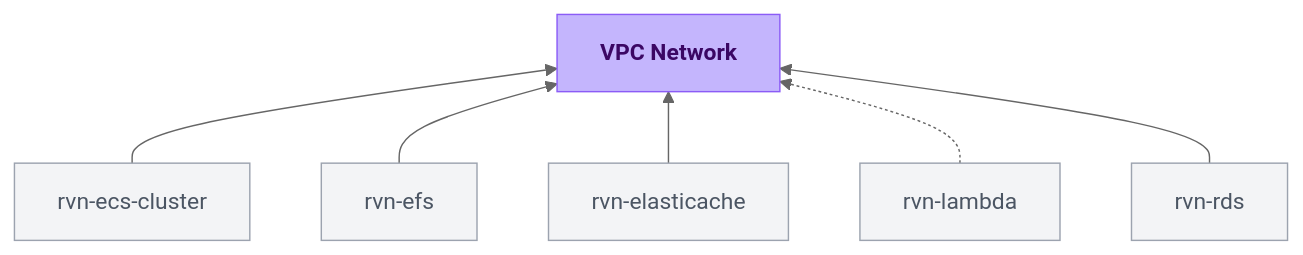
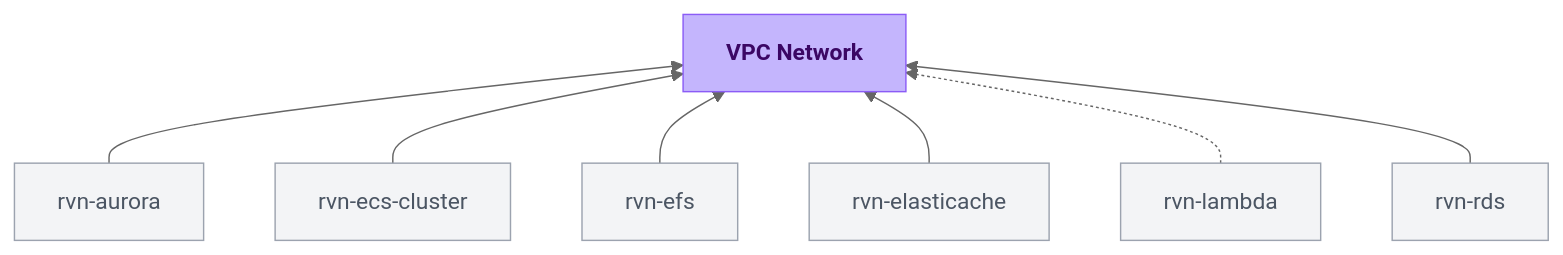
The diagram in module-definitions/catalog/rvn-aws-network.mdx (flightcontrolhq/docs), drawn with Mermaid (neutral theme) before and after one commit. The commit also changed 4 other files, not shown here.

Commit message:
chore: sync module catalog docs

````diff
--- a/module-definitions/catalog/rvn-aws-network.mdx
+++ b/module-definitions/catalog/rvn-aws-network.mdx
@@ -13,22 +13,24 @@
 ```mermaid
 flowchart BT
-  rvn_ecs_cluster["rvn-ecs-cluster"] --> rvn_aws_network["<strong>VPC Network</strong>"]
+  rvn_aurora["rvn-aurora"] --> rvn_aws_network["<strong>VPC Network</strong>"]
+  rvn_ecs_cluster["rvn-ecs-cluster"] --> rvn_aws_network
   rvn_efs["rvn-efs"] --> rvn_aws_network
   rvn_elasticache["rvn-elasticache"] --> rvn_aws_network
   rvn_lambda["rvn-lambda"] -.-> rvn_aws_network
   rvn_rds["rvn-rds"] --> rvn_aws_network
 
   class rvn_aws_network current
-  class rvn_ecs_cluster,rvn_efs,rvn_elasticache,rvn_lambda,rvn_rds consumer
+  class rvn_aurora,rvn_ecs_cluster,rvn_efs,rvn_elasticache,rvn_lambda,rvn_rds consumer
 
   classDef current fill:#C4B5FD,stroke:#8B5CF6,color:#3B0764
   classDef dependency fill:#FAF8FF,stroke:#DDD6FE,color:#6D28D9
   classDef consumer fill:#F3F4F6,stroke:#9CA3AF,color:#4B5563
   classDef upstream fill:#F8FAFC,stroke:#CBD5E1,color:#94A3B8
 
+  click rvn_aurora "/module-definitions/catalog/rvn-aurora" "Open rvn-aurora docs"
   click rvn_ecs_cluster "/module-definitions/catalog/rvn-ecs-cluster" "Open rvn-ecs-cluster docs"
   click rvn_efs "/module-definitions/catalog/rvn-efs" "Open rvn-efs docs"
   click rvn_elasticache "/module-definitions/catalog/rvn-elasticache" "Open rvn-elasticache docs"
   click rvn_lambda "/module-definitions/catalog/rvn-lambda" "Open rvn-lambda docs"
   click rvn_rds "/module-definitions/catalog/rvn-rds" "Open rvn-rds docs"
 ```
````
